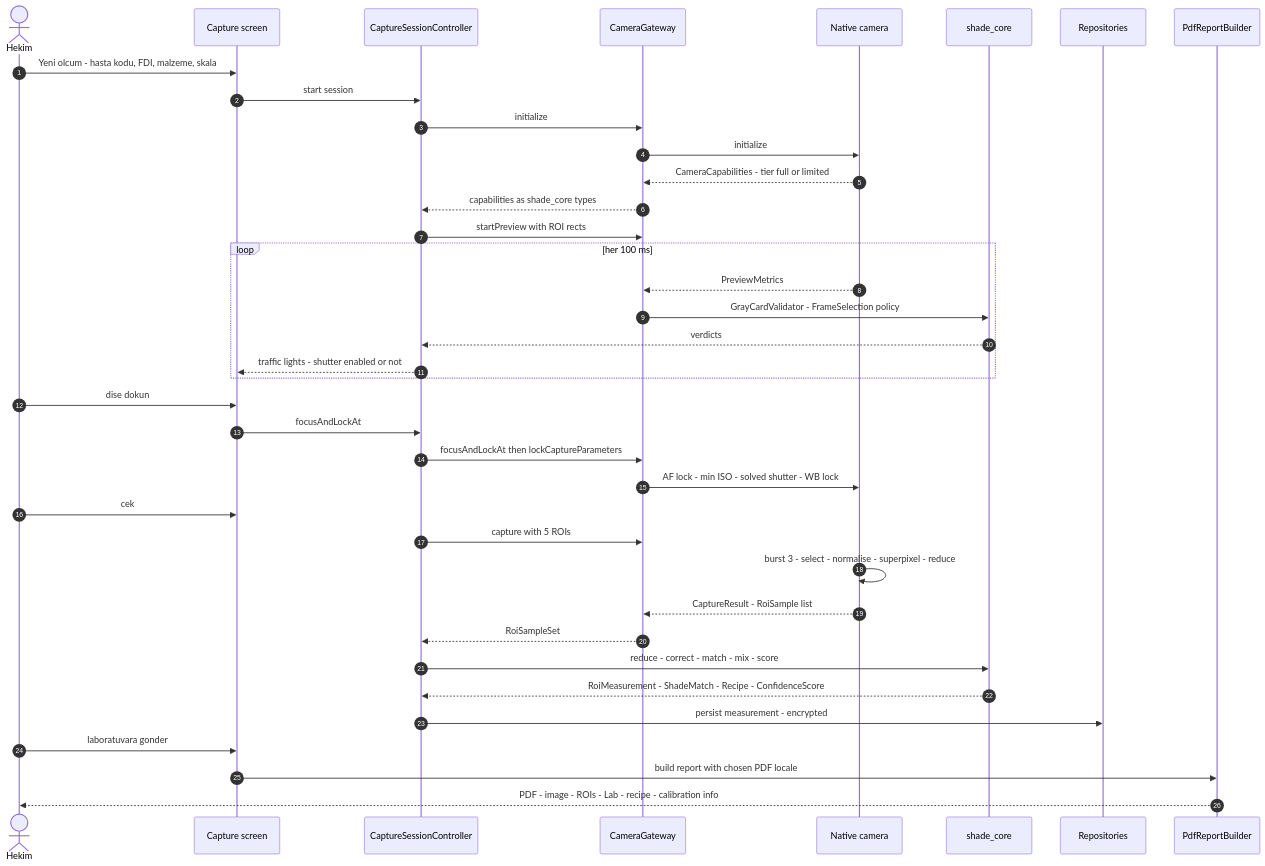
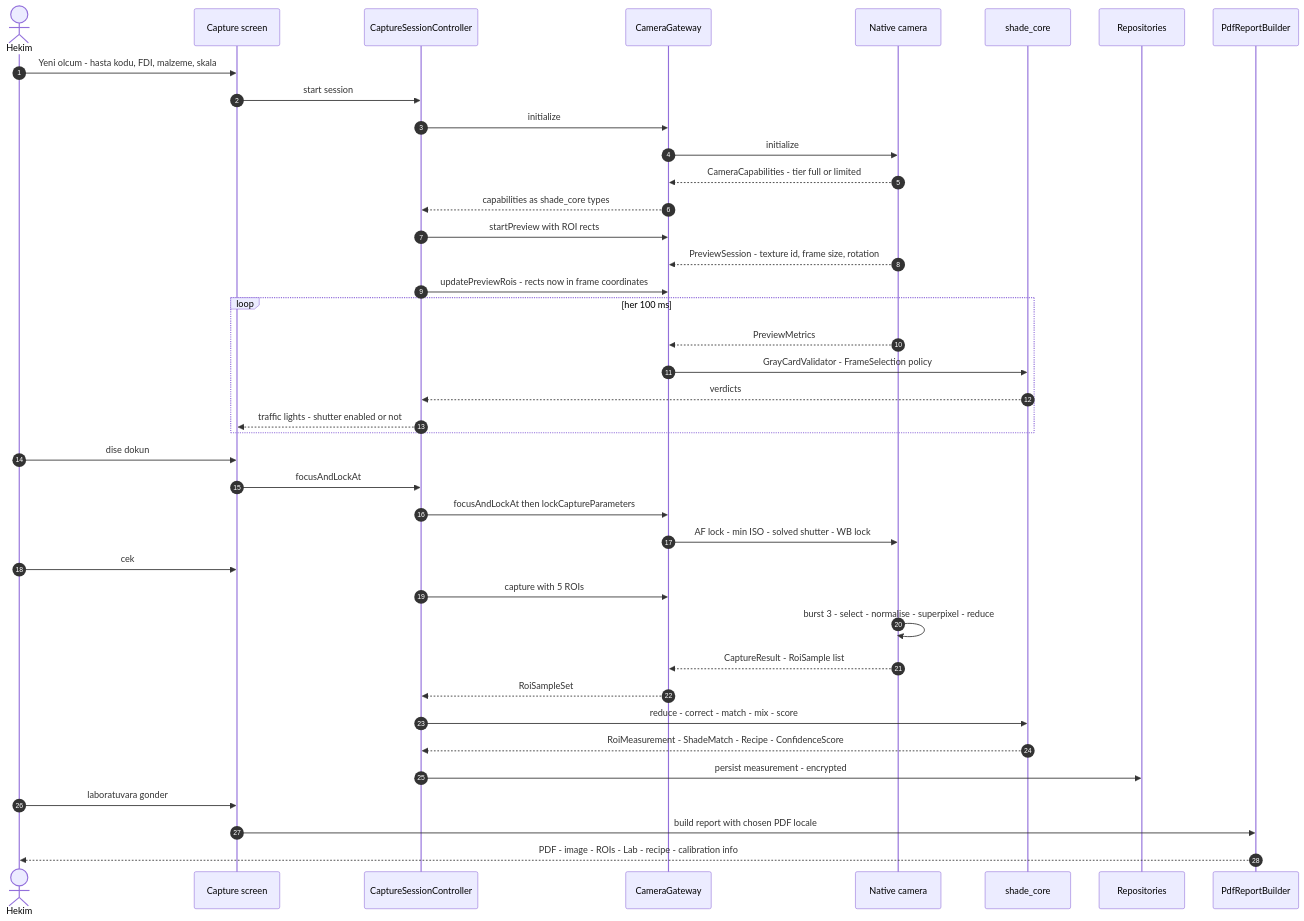
Before and after one commit to yasntrk/nuans: the third of 3 diagrams in docs/architecture/01-architecture.md, drawn with Mermaid. The commit also changed 3 other files, not shown here.

````diff
--- a/docs/architecture/01-architecture.md
+++ b/docs/architecture/01-architecture.md
@@ -298,41 +298,43 @@
 ```mermaid
 sequenceDiagram
     autonumber
     actor U as Hekim
     participant UI as Capture screen
     participant CS as CaptureSessionController
     participant GW as CameraGateway
     participant NA as Native camera
     participant CO as shade_core
     participant RE as Repositories
     participant PD as PdfReportBuilder
 
     U->>UI: Yeni olcum - hasta kodu, FDI, malzeme, skala
     UI->>CS: start session
     CS->>GW: initialize
     GW->>NA: initialize
     NA-->>GW: CameraCapabilities - tier full or limited
     GW-->>CS: capabilities as shade_core types
     CS->>GW: startPreview with ROI rects
+    NA-->>GW: PreviewSession - texture id, frame size, rotation
+    CS->>GW: updatePreviewRois - rects now in frame coordinates
     loop her 100 ms
         NA-->>GW: PreviewMetrics
         GW->>CO: GrayCardValidator - FrameSelection policy
         CO-->>CS: verdicts
         CS-->>UI: traffic lights - shutter enabled or not
     end
     U->>UI: dise dokun
     UI->>CS: focusAndLockAt
     CS->>GW: focusAndLockAt then lockCaptureParameters
     GW->>NA: AF lock - min ISO - solved shutter - WB lock
     U->>UI: cek
     CS->>GW: capture with 5 ROIs
     NA->>NA: burst 3 - select - normalise - superpixel - reduce
     NA-->>GW: CaptureResult - RoiSample list
     GW-->>CS: RoiSampleSet
     CS->>CO: reduce - correct - match - mix - score
     CO-->>CS: RoiMeasurement - ShadeMatch - Recipe - ConfidenceScore
     CS->>RE: persist measurement - encrypted
     U->>UI: laboratuvara gonder
     UI->>PD: build report with chosen PDF locale
     PD-->>U: PDF - image - ROIs - Lab - recipe - calibration info
 ```
````
